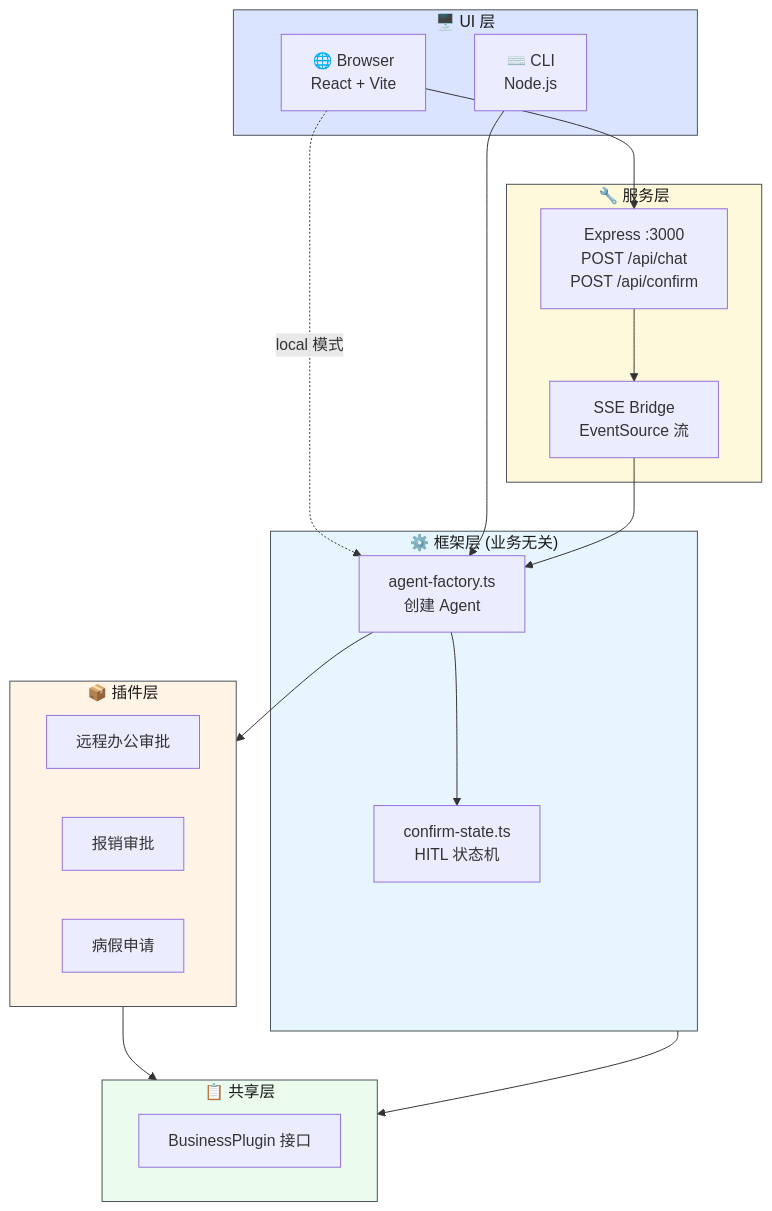
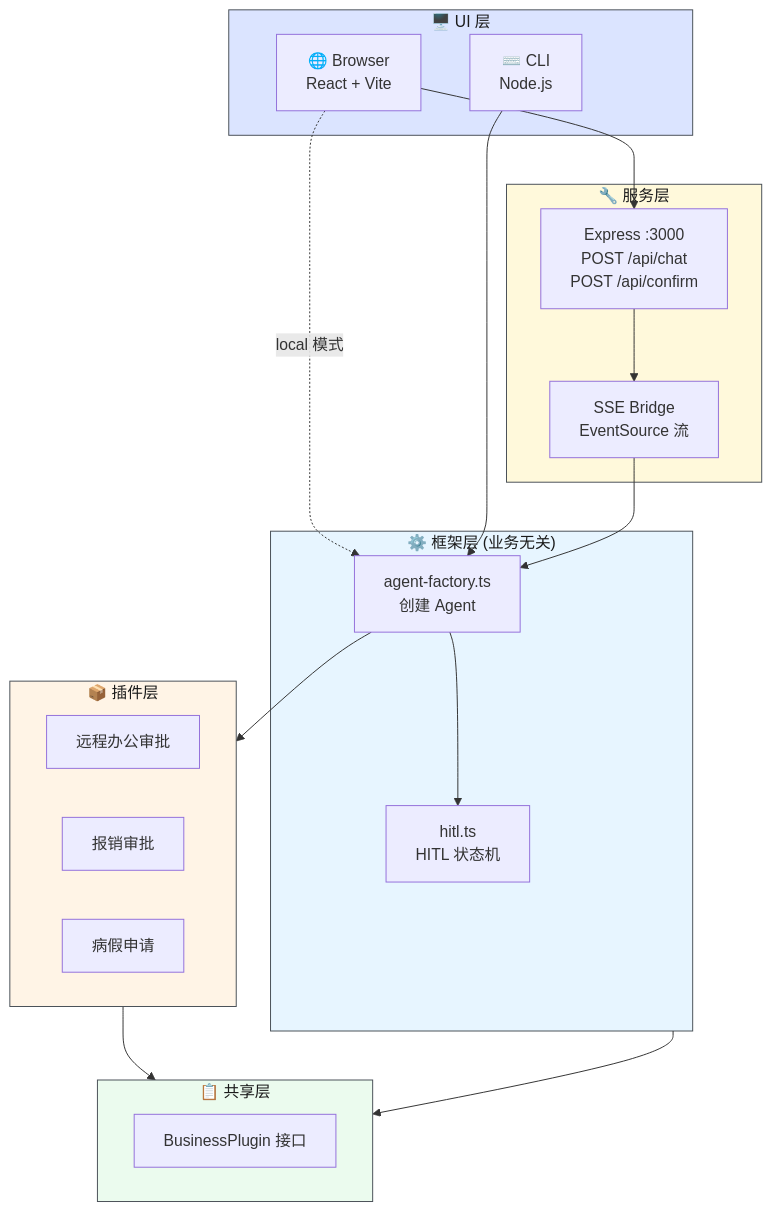
The first of 7 diagrams in CLAUDE.md (yjzaaa/leave-approval-agent), drawn with Mermaid before and after one commit. The commit also changed other lines of this file and 3 other files, not shown here.

````diff
--- a/CLAUDE.md
+++ b/CLAUDE.md
@@ -19,43 +19,43 @@
 ```mermaid
 graph TB
     subgraph UI["🖥️ UI 层"]
         Browser["🌐 Browser<br/>React + Vite"]
         CLI["⌨️ CLI<br/>Node.js"]
     end
 
     subgraph Server["🔧 服务层"]
         API["Express :3000<br/>POST /api/chat<br/>POST /api/confirm"]
         SSE["SSE Bridge<br/>EventSource 流"]
     end
 
     subgraph Agent["⚙️ 框架层 (业务无关)"]
         Factory["agent-factory.ts<br/>创建 Agent"]
-        Confirm["confirm-state.ts<br/>HITL 状态机"]
+        Confirm["hitl.ts<br/>HITL 状态机"]
     end
 
     subgraph Plugins["📦 插件层"]
         Leave["远程办公审批"]
         Expense["报销审批"]
         Sick["病假申请"]
     end
 
     subgraph Shared["📋 共享层"]
         Interface["BusinessPlugin 接口"]
     end
 
     Browser --> API
     Browser -.->|"local 模式"| Factory
     CLI --> Factory
     API --> SSE
     SSE --> Factory
     Factory --> Confirm
     Factory --> Plugins
     Plugins --> Shared
     Agent --> Shared
 
     style UI fill:#dbe4ff,stroke:#495057,color:#1a1a1a
     style Server fill:#fff9db,stroke:#495057,color:#1a1a1a
     style Agent fill:#e7f5ff,stroke:#495057,color:#1a1a1a
     style Plugins fill:#fff4e6,stroke:#495057,color:#1a1a1a
     style Shared fill:#ebfbee,stroke:#495057,color:#1a1a1a
 ```
````
